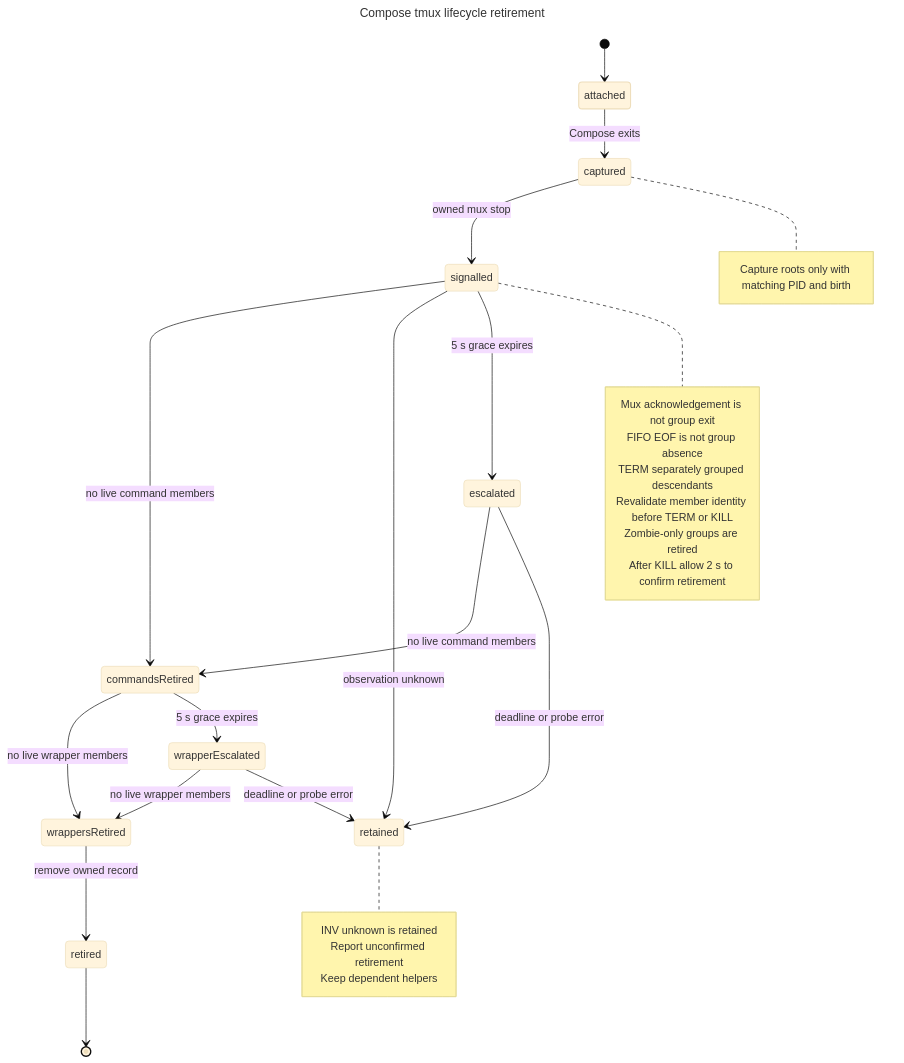
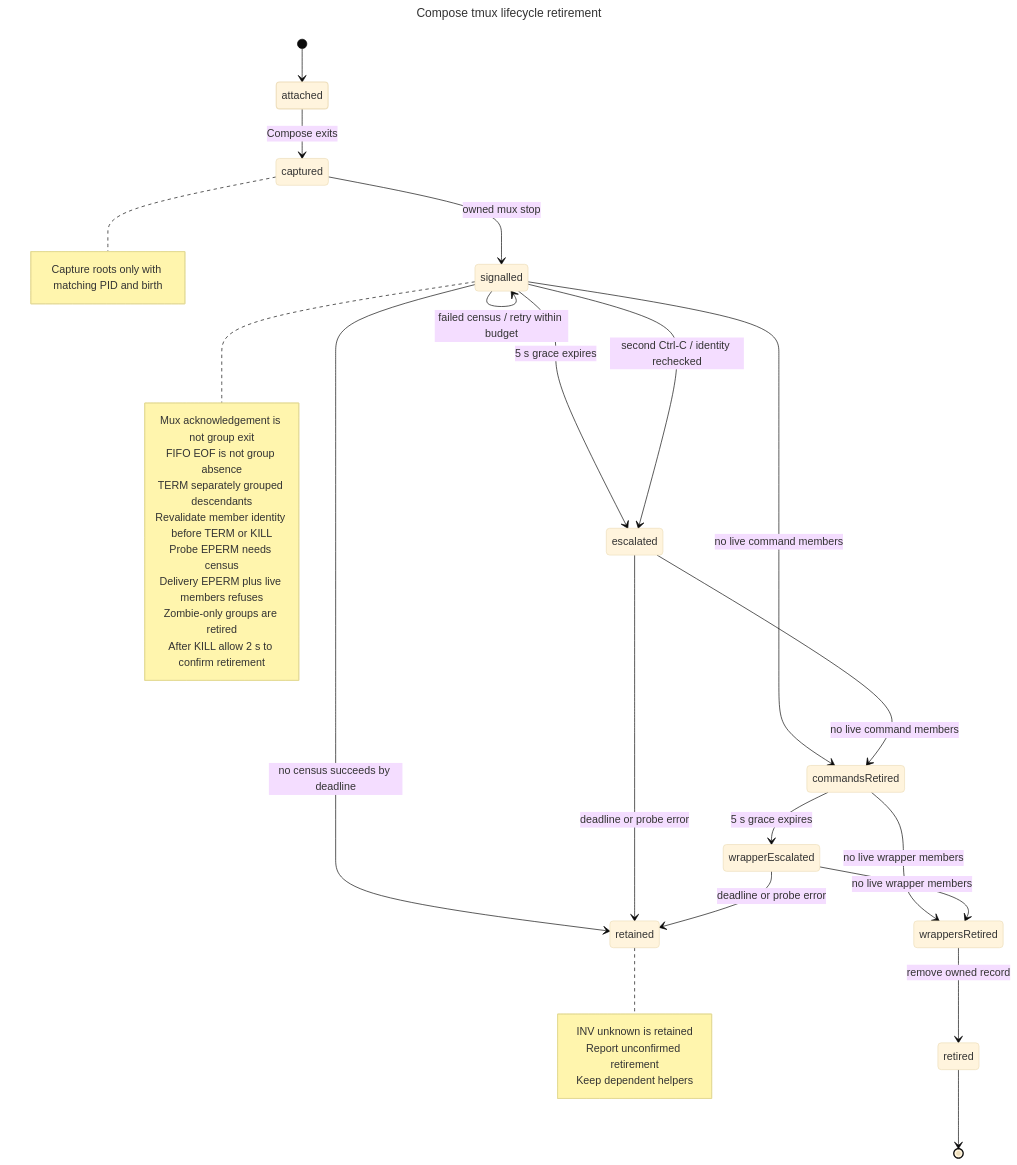
One commit to hack-dance/hack changed the diagram in docs/diagrams/compose-lifecycle-retirement.mmd. Above: the diagram before and after it, drawn with Mermaid (base theme). The commit also changed 23 other files, not shown here.

```diff
--- a/docs/diagrams/compose-lifecycle-retirement.mmd
+++ b/docs/diagrams/compose-lifecycle-retirement.mmd
@@ -1,40 +1,44 @@
 ---
 title: Compose tmux lifecycle retirement
 ---
 stateDiagram-v2
   direction TB
   [*] --> attached
   attached --> captured : Compose exits
   captured --> signalled : owned mux stop
   signalled --> commandsRetired : no live command members
-  signalled --> retained : observation unknown
+  signalled --> signalled : failed census / retry within budget
+  signalled --> retained : no census succeeds by deadline
   signalled --> escalated : 5 s grace expires
+  signalled --> escalated : second Ctrl-C / identity rechecked
   escalated --> commandsRetired : no live command members
   escalated --> retained : deadline or probe error
   commandsRetired --> wrappersRetired : no live wrapper members
   commandsRetired --> wrapperEscalated : 5 s grace expires
   wrapperEscalated --> wrappersRetired : no live wrapper members
   wrapperEscalated --> retained : deadline or probe error
   wrappersRetired --> retired : remove owned record
   retired --> [*]
   note right of retained
     INV unknown is retained
     Report unconfirmed retirement
     Keep dependent helpers
   end note
   note right of signalled
     Mux acknowledgement is not group exit
     FIFO EOF is not group absence
     TERM separately grouped descendants
     Revalidate member identity before TERM or KILL
+    Probe EPERM needs census
+    Delivery EPERM plus live members refuses
     Zombie-only groups are retired
     After KILL allow 2 s to confirm retirement
   end note
   note right of captured
     Capture roots only with matching PID and birth
   end note
   classDef live stroke-width:1.6px
   class attached live
   class signalled,escalated,commandsRetired,wrapperEscalated wait
   class wrappersRetired,retired ok
   class retained fail
```
